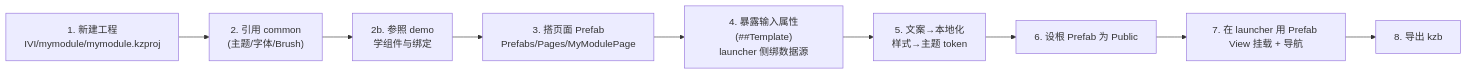
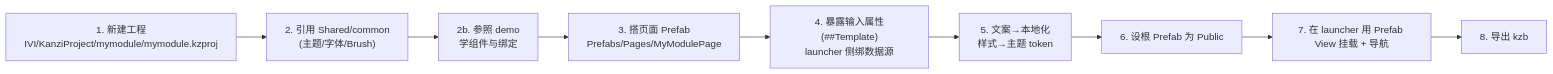
Before and after one commit to ganlong-2016/kanzi_project: the diagram in docs/add-new-module.md, drawn with Mermaid. The commit also changed other lines of this file and 284 other files, not shown here.

````diff
--- a/docs/add-new-module.md
+++ b/docs/add-new-module.md
@@ -9,11 +9,11 @@
 ```mermaid
 flowchart LR
-    A["1. 新建工程<br/>IVI/mymodule/mymodule.kzproj"] --> B["2. 引用 common<br/>(主题/字体/Brush)"]
+    A["1. 新建工程<br/>IVI/KanziProject/mymodule/mymodule.kzproj"] --> B["2. 引用 Shared/common<br/>(主题/字体/Brush)"]
     B --> B2["2b. 参照 demo<br/>学组件与绑定"]
     B2 --> C["3. 搭页面 Prefab<br/>Prefabs/Pages/MyModulePage"]
     C --> D["4. 暴露输入属性(##Template)<br/>launcher 侧绑数据源"]
     D --> E["5. 文案→本地化<br/>样式→主题 token"]
     E --> F["6. 设根 Prefab 为 Public"]
     F --> G["7. 在 launcher 用 Prefab View 挂载 + 导航"]
     G --> H["8. 导出 kzb"]
 ```
````
